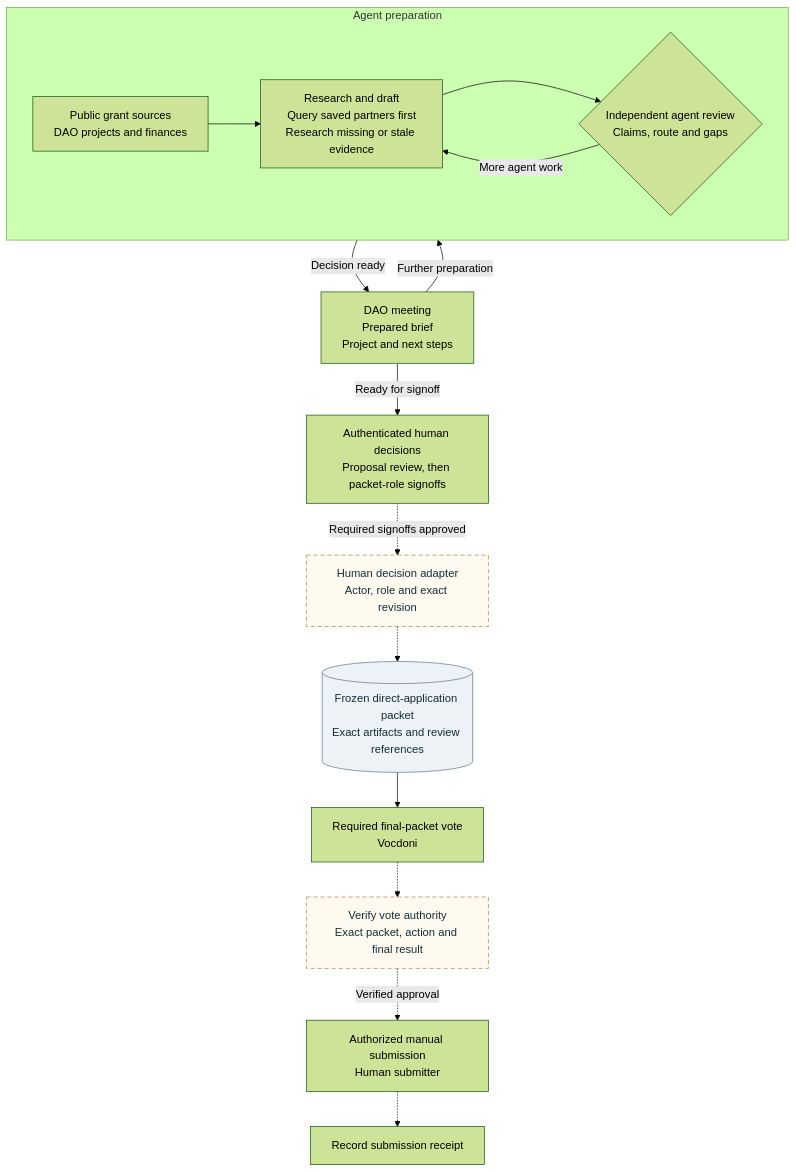
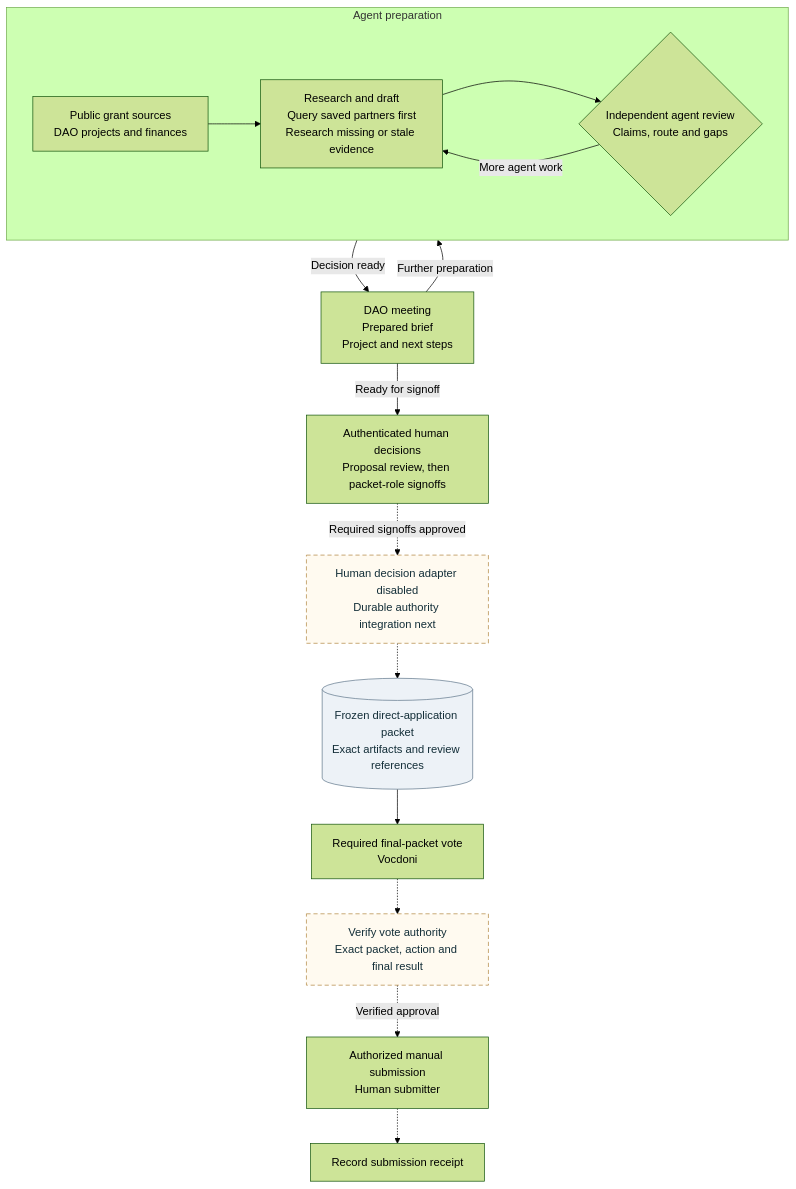
The diagram in docs/architecture/diagrams/grant-review-governance.mmd (NetRxn/Inertia), drawn with Mermaid (forest theme) before and after one commit. The commit also changed 27 other files, not shown here.

Commit message:
docs: synchronize architecture and funding delivery status

```diff
--- a/docs/architecture/diagrams/grant-review-governance.mmd
+++ b/docs/architecture/diagrams/grant-review-governance.mmd
@@ -1,23 +1,23 @@
 flowchart TB
  subgraph P[Agent preparation]
  direction LR
  I["Public grant sources<br/>DAO projects and finances"] --> D["Research and draft<br/>Query saved partners first<br/>Research missing or stale evidence"]
  D --> R{"Independent agent review<br/>Claims, route and gaps"}
  R -->|More agent work| D
  end
  R -->|Decision ready| M["DAO meeting<br/>Prepared brief<br/>Project and next steps"]
  M -->|Further preparation| D
  M -->|Ready for signoff| H["Authenticated human decisions<br/>Proposal review, then packet-role signoffs"]
- H -.->|Required signoffs approved| A["Human decision adapter<br/>Actor, role and exact revision"]
+ H -.->|Required signoffs approved| A["Human decision adapter disabled<br/>Durable authority integration next"]
  A -.-> F[("Frozen direct-application packet<br/>Exact artifacts and review references")]
  F --> V["Required final-packet vote<br/>Vocdoni"]
  V -.-> Q["Verify vote authority<br/>Exact packet, action and final result"]
  Q -.->|Verified approval| S["Authorized manual submission<br/>Human submitter"]
  S -.-> C["Record submission receipt"]
  class F store
  class A,Q planned
 
  classDef core fill:#e7f1ee,stroke:#157d80,color:#132e38,stroke-width:2px
  classDef planned fill:#fffaf0,stroke:#b1853e,color:#132e38,stroke-dasharray:6 4
  classDef reviewed fill:#f5f0ff,stroke:#8064a2,color:#132e38
  classDef store fill:#edf2f7,stroke:#61788b,color:#132e38
```
